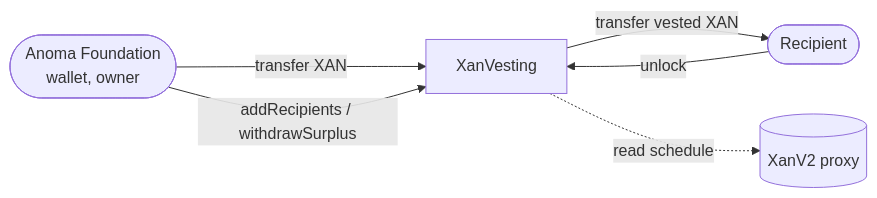
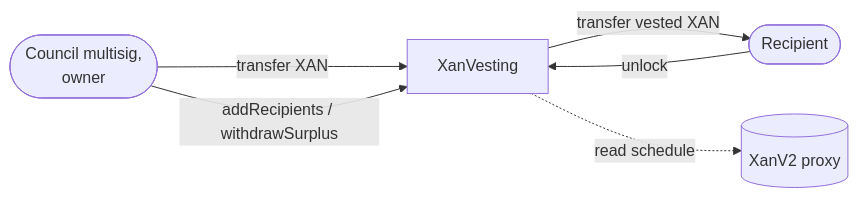
The diagram in docs/03-XanVesting.md (anoma/token), drawn with Mermaid before and after one commit. The commit also changed other lines of this file and 11 other files, not shown here.

First line of the commit message:
feat: make the council multisig the XanVesting owner

````diff
--- a/docs/03-XanVesting.md
+++ b/docs/03-XanVesting.md
@@ -15,13 +15,13 @@
 ```mermaid
 flowchart LR
-    foundation([Anoma Foundation<br/>wallet, owner])
+    council([Council multisig,<br/>owner])
     recipient([Recipient])
     vesting[XanVesting]
     token[(XanV2 proxy)]
 
-    foundation -->|transfer XAN| vesting
-    foundation -->|addRecipients / withdrawSurplus| vesting
+    council -->|transfer XAN| vesting
+    council -->|addRecipients / withdrawSurplus| vesting
     recipient -->|unlock| vesting
     vesting -->|transfer vested XAN| recipient
     vesting -.->|read schedule| token
 ```
````
